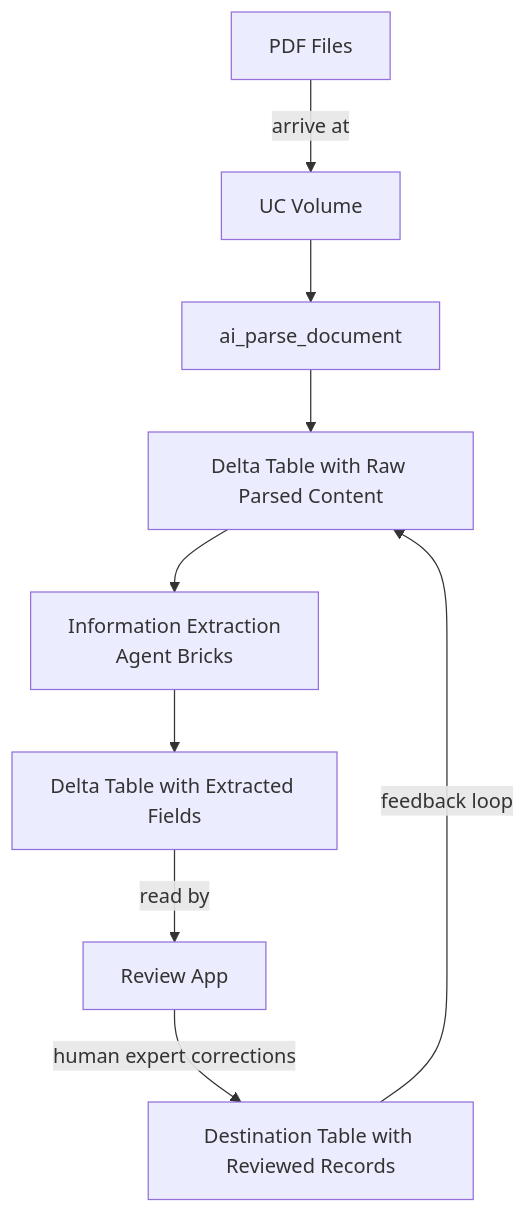
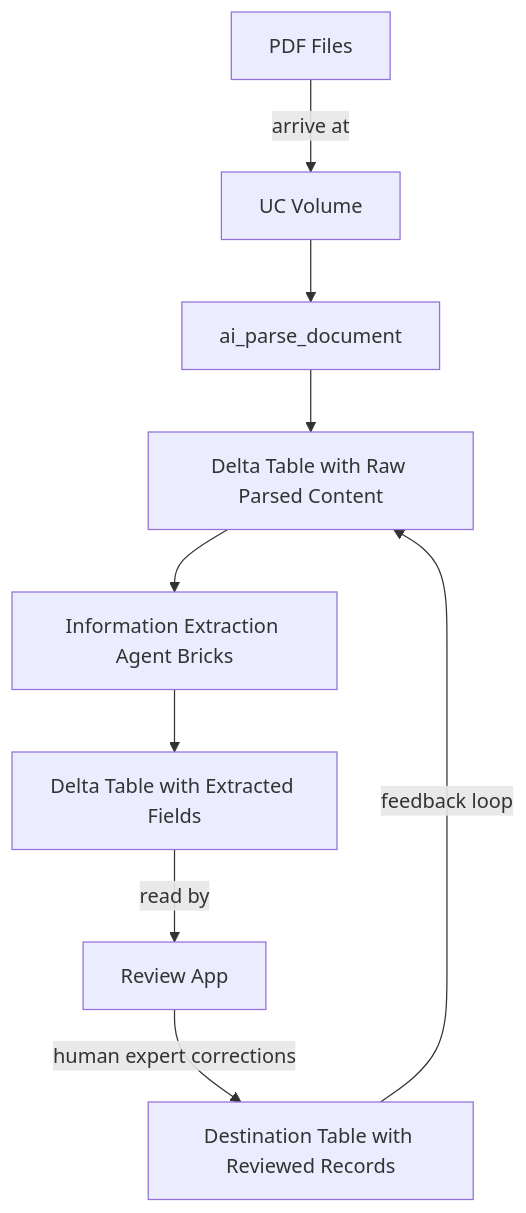
The diagram in README.md (CEDipEngineering/InformationExtractionReviewApp), drawn with Mermaid before and after one commit.

Commit message:
Fix flowchart typo

````diff
--- a/README.md
+++ b/README.md
@@ -7,13 +7,13 @@
 ```mermaid
 flowchart TD
     A[PDF Files] -->|arrive at| B[UC Volume]
     B --> PARSE[ai_parse_document]
     PARSE --> C[Delta Table with Raw Parsed Content]
-    C --> AGENT[Information Extraction\nAgent Bricks]
+    C --> AGENT[Information Extraction Agent Bricks]
     AGENT --> D[Delta Table with Extracted Fields]
     D -->|read by| E[Review App]
     E -->|human expert corrections| F[Destination Table with Reviewed Records]
     F -->|feedback loop| C
     click PARSE "https://docs.databricks.com/aws/en/sql/language-manual/functions/ai_parse_document" "ai_parse_document docs"
     click AGENT "https://docs.databricks.com/aws/en/generative-ai/agent-bricks/key-info-extraction" "Information Extraction Agent Bricks docs"
 ```
````
